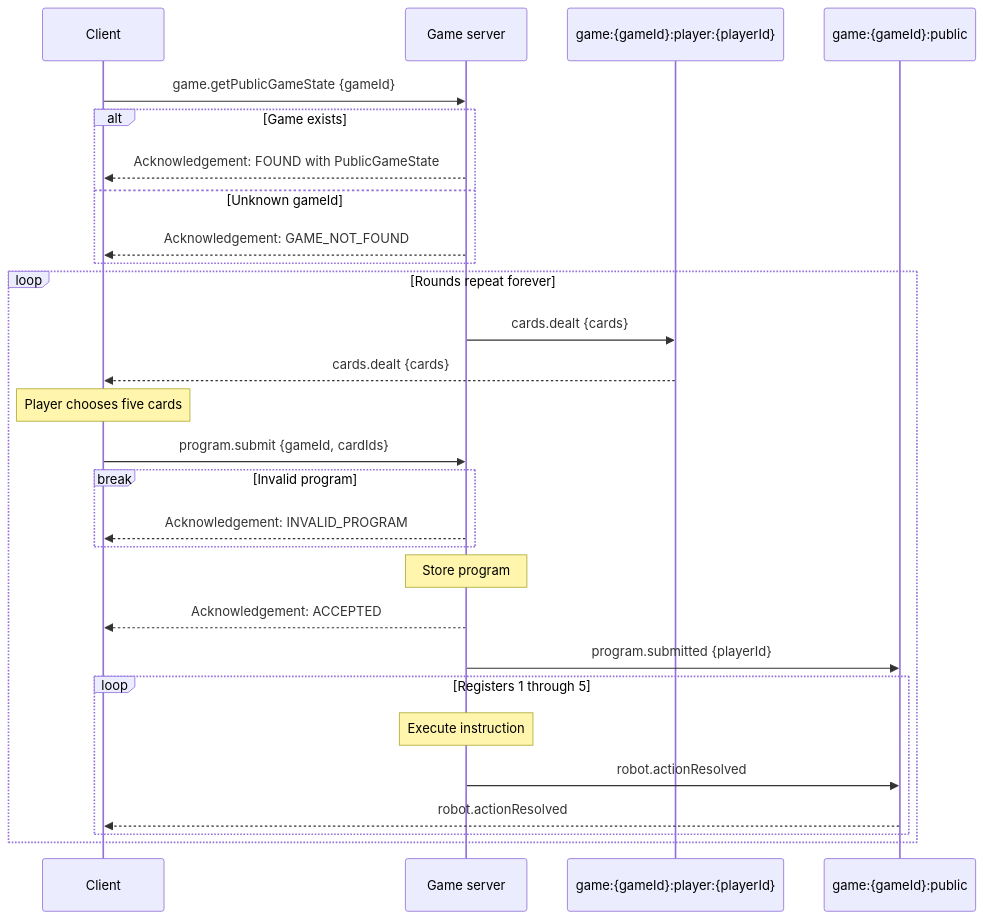
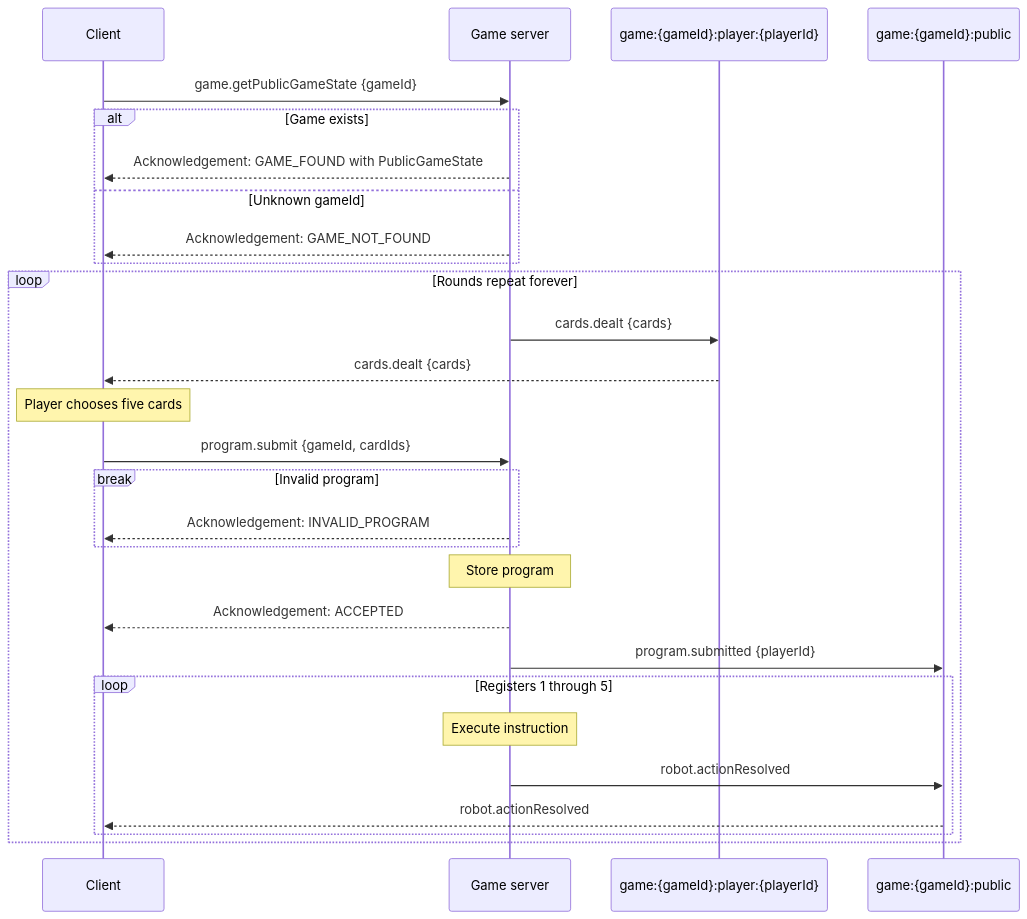
One commit to hananinas/RoboRally changed the diagram in docs/v0Communication.md. Above: the diagram before and after it, drawn with Mermaid. The commit also changed 5 other files, not shown here.

Commit message:
fix(game-events): align game found outcome

````diff
--- a/docs/v0Communication.md
+++ b/docs/v0Communication.md
@@ -18,38 +18,38 @@
 ```mermaid
 
 sequenceDiagram
     participant Client
     participant Server as Game server
     participant Private as game:{gameId}:player:{playerId}
     participant Public as game:{gameId}:public
 
     Client->>Server: game.getPublicGameState {gameId}
     alt Game exists
-        Server-->>Client: Acknowledgement: FOUND with PublicGameState
+        Server-->>Client: Acknowledgement: GAME_FOUND with PublicGameState
     else Unknown gameId
         Server-->>Client: Acknowledgement: GAME_NOT_FOUND
     end
 
     loop Rounds repeat forever
         Server->>Private: cards.dealt {cards}
         Private-->>Client: cards.dealt {cards}
 
         Note over Client: Player chooses five cards
         Client->>Server: program.submit {gameId, cardIds}
 
         break Invalid program
             Server-->>Client: Acknowledgement: INVALID_PROGRAM
         end
           
         Note over Server: Store program
         Server-->>Client: Acknowledgement: ACCEPTED
         Server->>Public: program.submitted {playerId}
 
         loop Registers 1 through 5
             Note over Server: Execute instruction
             Server->>Public: robot.actionResolved
             Public-->>Client: robot.actionResolved
         end
     end
 
 ```
````
